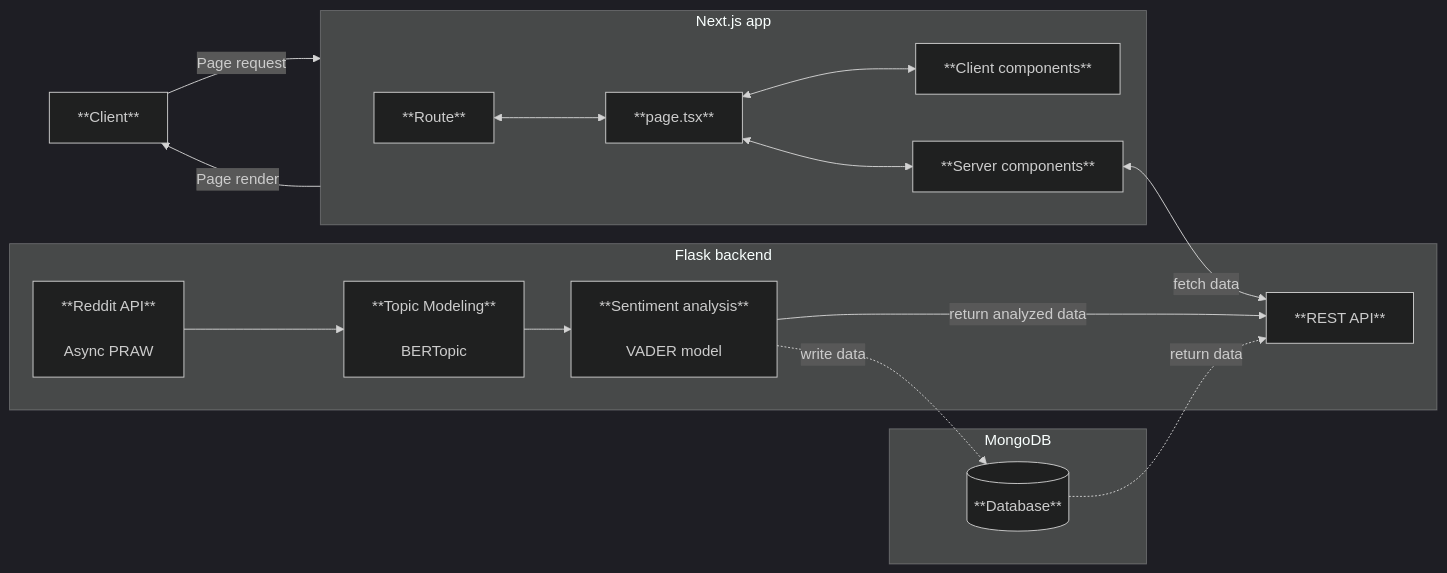
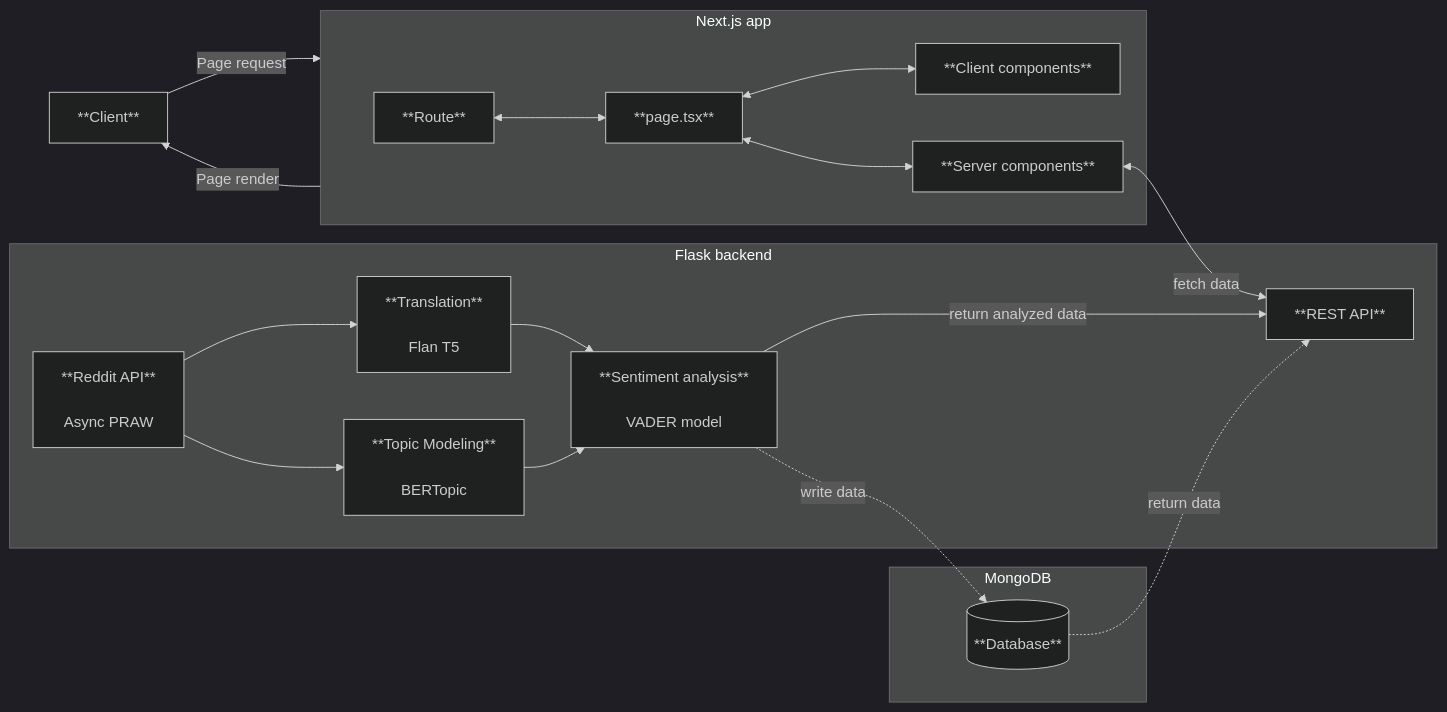
One commit to ohjelmistoprojekti-ii-reddit-app/.github changed the diagram in profile/README.md. Above: the diagram before and after it, drawn with Mermaid (dark theme).

````diff
--- a/profile/README.md
+++ b/profile/README.md
@@ -16,40 +16,42 @@
 ```mermaid
 flowchart LR
     %% Client node
     A[**Client**] -- Page request --> B[Next.js]
     B[Next.js] -- Page render -->A[**Client**]
 
     %% Next.js
     subgraph B[Next.js app]
         B1[**Route**]
         B2[**page.tsx**]
         B3[**Client components**]
         B4[**Server components**]
 
         B1 <--> B2
         B2 <--> B3
         B2 <--> B4 
     end
 
     C[Flask Backend]
 
     %% Flask
     subgraph C[Flask backend]
         C1[**Reddit API**<br/><br/>Async PRAW<br/>]
         C2[**Topic Modeling**<br/><br/>BERTopic<br/>]
         C3[**Sentiment analysis**<br/><br/>VADER model<br/>]
-        C4[**REST API**]
-        B4<-- fetch data --> C4
-        C1 --> C2 --> C3 -- return analyzed data --> C4  
+        C4[**Translation**<br/><br/>Flan T5<br/>]
+        C5[**REST API**]
+        B4<-- fetch data --> C5
+        C1 --> C4 --> C3 -- return analyzed data --> C5
+        C1 --> C2 --> C3
     end
 
     D[Sprint 2]
 
     %% Sprint 2
     subgraph D[MongoDB]
         D1[(**Database**)]
 
         C3 -. write data .-> D1
-        D1 -. return data .-> C4
+        D1 -. return data .-> C5
     end
 ```
````
